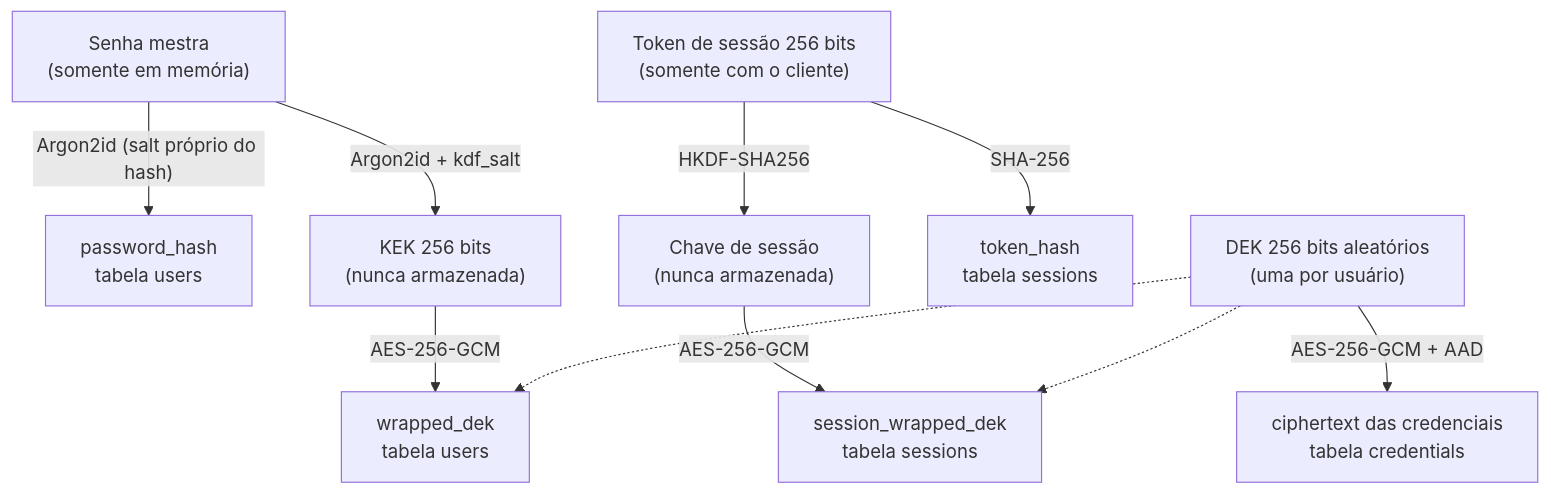
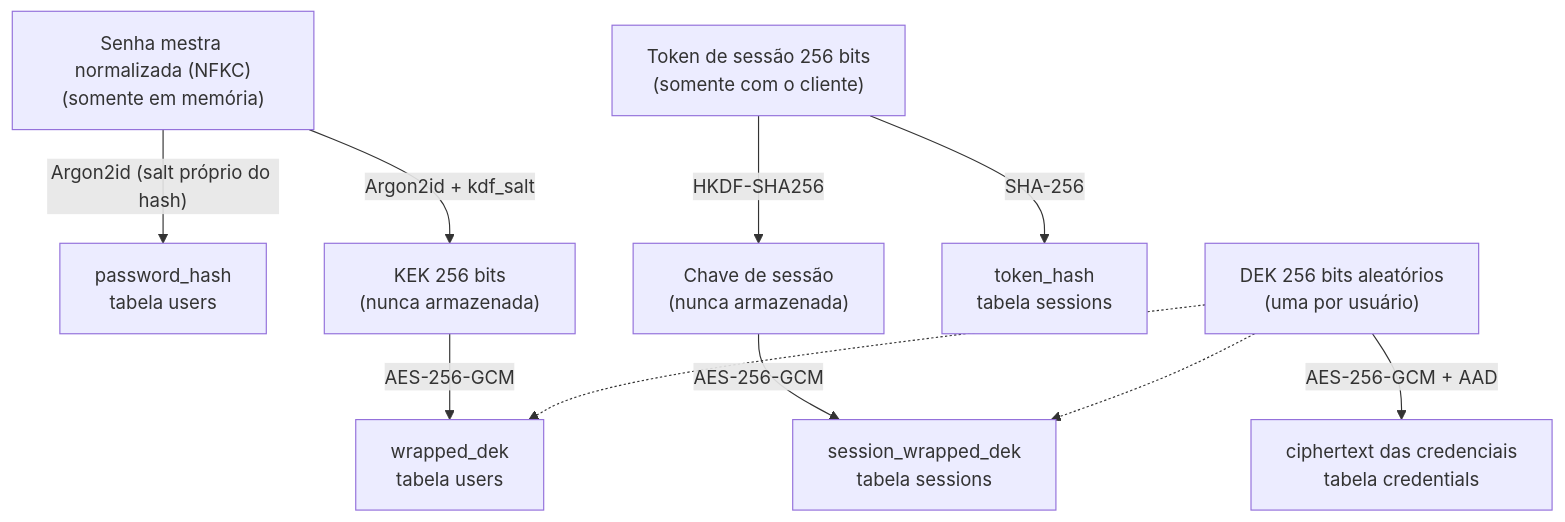
The diagram in docs/04-seguranca.md (GuidaGaita/bootcamp), drawn with Mermaid before and after one commit. The commit also changed other lines of this file, not shown here.

First line of the commit message:
docs(seguranca): cobre força bruta da senha mestra, NFKC e formato cifrado

````diff
--- a/docs/04-seguranca.md
+++ b/docs/04-seguranca.md
@@ -35,15 +37,15 @@
 ```mermaid
 flowchart TB
-  MP["Senha mestra<br/>(somente em memória)"]
+  MP["Senha mestra normalizada (NFKC)<br/>(somente em memória)"]
   MP -- "Argon2id (salt próprio do hash)" --> PH["password_hash<br/>tabela users"]
   MP -- "Argon2id + kdf_salt" --> KEK["KEK 256 bits<br/>(nunca armazenada)"]
   DEK["DEK 256 bits aleatórios<br/>(uma por usuário)"]
   KEK -- "AES-256-GCM" --> WD["wrapped_dek<br/>tabela users"]
   DEK -.-> WD
   TK["Token de sessão 256 bits<br/>(somente com o cliente)"]
   TK -- "SHA-256" --> TH["token_hash<br/>tabela sessions"]
   TK -- "HKDF-SHA256" --> SK["Chave de sessão<br/>(nunca armazenada)"]
   SK -- "AES-256-GCM" --> SWD["session_wrapped_dek<br/>tabela sessions"]
   DEK -.-> SWD
   DEK -- "AES-256-GCM + AAD" --> CT["ciphertext das credenciais<br/>tabela credentials"]
 ```
````
